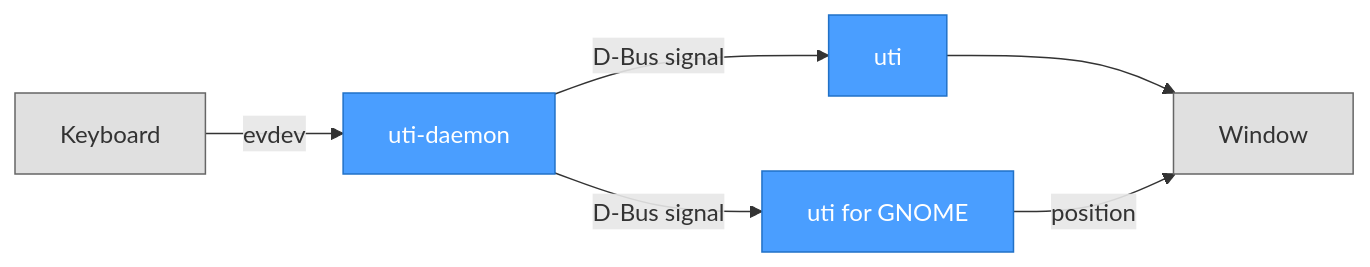
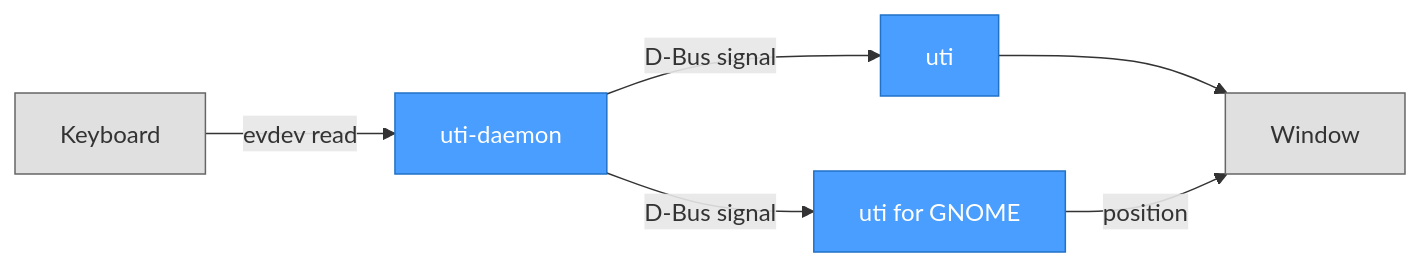
One commit to noppomario/uti changed the first of 5 diagrams in docs/ARCHITECTURE.md. Above: the diagram before and after it, drawn with Mermaid. The commit also changed other lines of this file and 16 other files, not shown here.

````diff
--- a/docs/ARCHITECTURE.md
+++ b/docs/ARCHITECTURE.md
@@ -9,14 +9,14 @@
 ```mermaid
 flowchart LR
-    KB[Keyboard] -->|evdev| DAEMON[uti-daemon]
+    KB[Keyboard] -->|evdev read| DAEMON[uti-daemon]
     DAEMON -->|D-Bus signal| APP[uti]
     DAEMON -->|D-Bus signal| EXT[uti for GNOME]
     APP --> WIN[Window]
     EXT -->|position| WIN
 
     style KB fill:#e0e0e0,stroke:#666
     style WIN fill:#e0e0e0,stroke:#666
     style DAEMON fill:#4a9eff,stroke:#2171c7,color:#fff
     style APP fill:#4a9eff,stroke:#2171c7,color:#fff
     style EXT fill:#4a9eff,stroke:#2171c7,color:#fff
 ```
````
